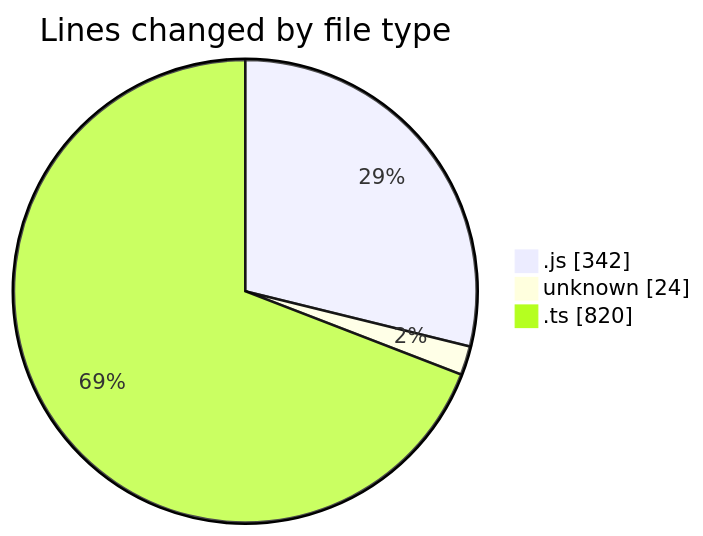
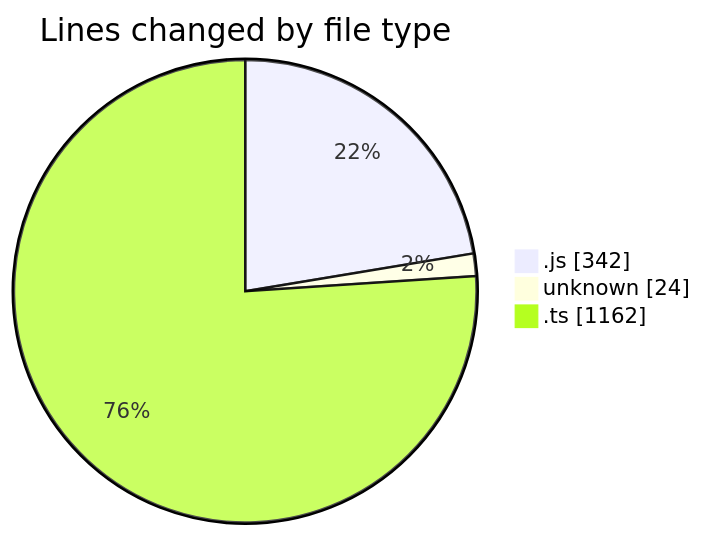
One commit to momahboobian/code-tracking changed the first of 2 diagrams in 2025-02-05/cda/README.md. Above: the diagram before and after it, drawn with Mermaid. The commit also changed other lines of this file and 1 other file, not shown here.

````diff
--- a/2025-02-05/cda/README.md
+++ b/2025-02-05/cda/README.md
@@ -30,7 +32,7 @@
 ```mermaid
 pie showData
 title Lines changed by file type
 ".js" : 342
 "unknown" : 24
-".ts" : 820
+".ts" : 1162
 ```
````
